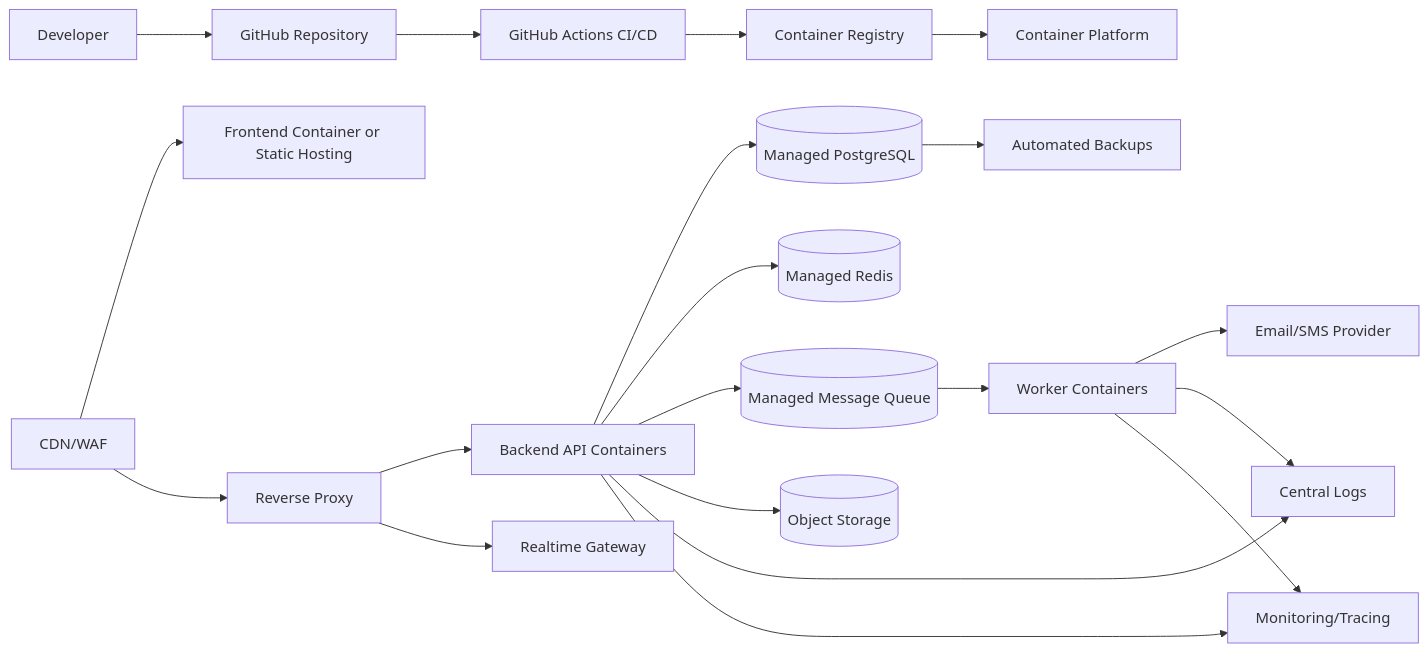
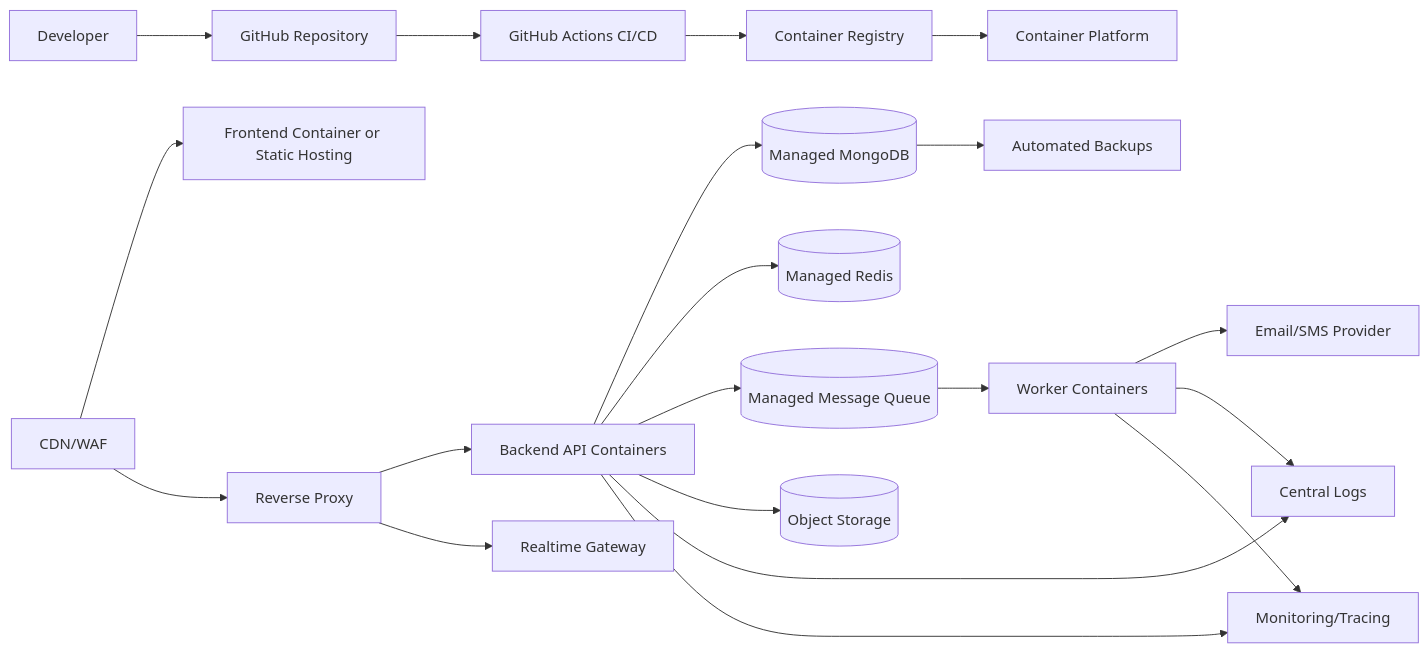
The diagram in docs/architecture/deployment.md (Ashish18-01/QueueIT), drawn with Mermaid before and after one commit. The commit also changed other lines of this file and 7 other files, not shown here.

````diff
--- a/docs/architecture/deployment.md
+++ b/docs/architecture/deployment.md
@@ -7,22 +7,22 @@
 ```mermaid
 flowchart LR
     Dev[Developer] --> GitHub[GitHub Repository]
     GitHub --> Actions[GitHub Actions CI/CD]
     Actions --> Registry[Container Registry]
     Registry --> Cluster[Container Platform]
     CDN[CDN/WAF] --> FE[Frontend Container or Static Hosting]
     CDN --> Proxy[Reverse Proxy]
     Proxy --> API[Backend API Containers]
     Proxy --> RT[Realtime Gateway]
-    API --> PG[(Managed PostgreSQL)]
+    API --> Mongo[(Managed MongoDB)]
     API --> Redis[(Managed Redis)]
     API --> Queue[(Managed Message Queue)]
     Queue --> Workers[Worker Containers]
     API --> Storage[(Object Storage)]
     Workers --> Email[Email/SMS Provider]
     API --> Logs[Central Logs]
     Workers --> Logs
     API --> Metrics[Monitoring/Tracing]
     Workers --> Metrics
-    PG --> Backups[Automated Backups]
+    Mongo --> Backups[Automated Backups]
 ```
````
